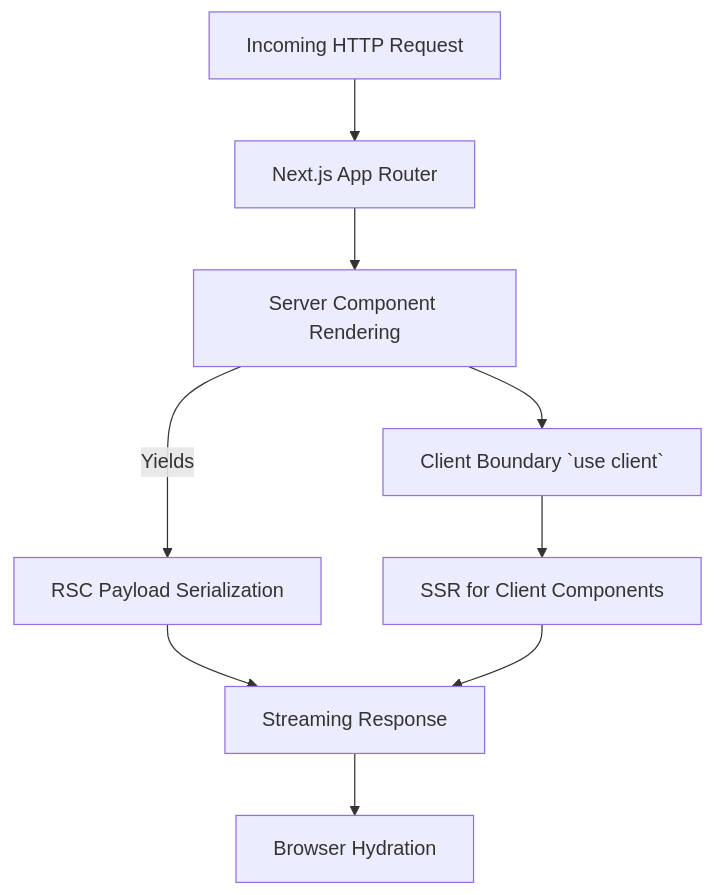
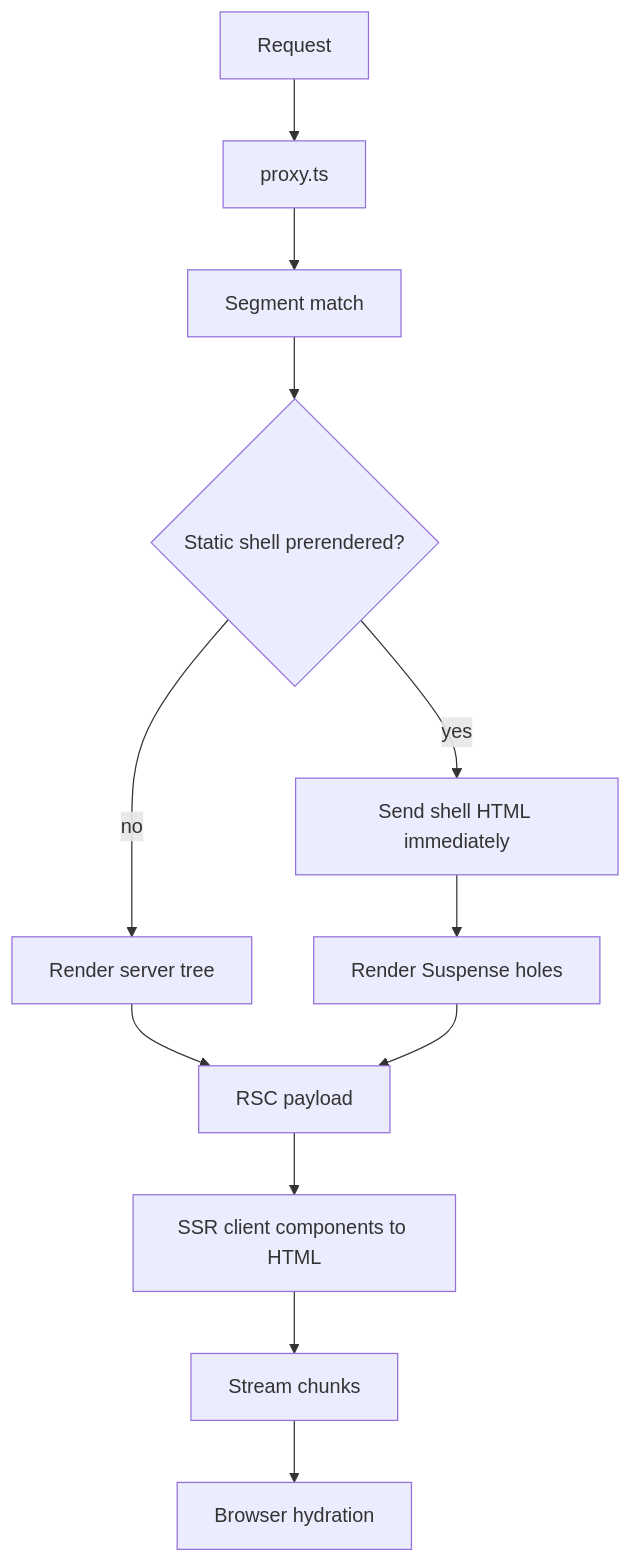
One commit to j4flmao/agent-skills changed the diagram in skills/frontend/nextjs/internals/SKILL.md. Above: the diagram before and after it, drawn with Mermaid. The commit also changed other lines of this file and 1218 other files, not shown here.

````diff
--- a/skills/frontend/nextjs/internals/SKILL.md
+++ b/skills/frontend/nextjs/internals/SKILL.md
@@ -10,12 +127,14 @@
 ```mermaid
-%%{init: {"theme": "default", "flowchart": {"useMaxWidth": true}}}%%
 flowchart TD
-    Req[Incoming HTTP Request] --> Router[Next.js App Router]
-    Router --> RSC_Render[Server Component Rendering]
-    RSC_Render -->|Yields| RSC_Payload[RSC Payload Serialization]
-    RSC_Render --> ClientBound[Client Boundary `use client`]
-    ClientBound --> SSR[SSR for Client Components]
-    RSC_Payload --> Stream[Streaming Response]
-    SSR --> Stream
-    Stream --> Client[Browser Hydration]
+    Req[Request] --> Proxy[proxy.ts]
+    Proxy --> Match[Segment match]
+    Match --> Shell{Static shell prerendered?}
+    Shell -->|yes| Send[Send shell HTML immediately]
+    Shell -->|no| Render[Render server tree]
+    Send --> Dyn[Render Suspense holes]
+    Render --> Payload[RSC payload]
+    Dyn --> Payload
+    Payload --> SSR[SSR client components to HTML]
+    SSR --> Stream[Stream chunks]
+    Stream --> Hydrate[Browser hydration]
 ```
````
